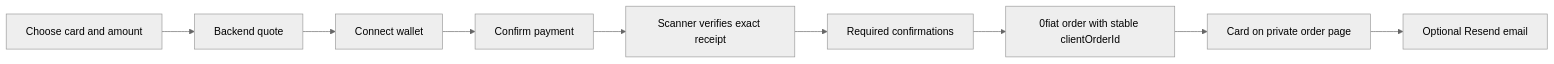
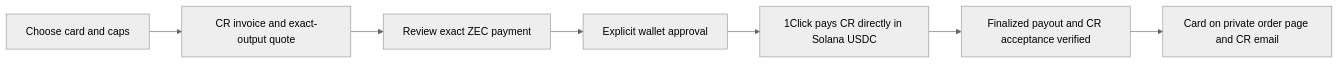
Before and after one commit to zucchini-wallet/store: the diagram in README.md, drawn with Mermaid (neutral theme). The commit also changed other lines of this file and 38 other files, not shown here.

````diff
--- a/README.md
+++ b/README.md
@@ -55,11 +59,9 @@
 ```mermaid
 flowchart LR
-  A[Choose card and amount] --> B[Backend quote]
-  B --> C[Connect wallet]
-  C --> D[Confirm payment]
-  D --> E[Scanner verifies exact receipt]
-  E --> F[Required confirmations]
-  F --> G[0fiat order with stable clientOrderId]
-  G --> H[Card on private order page]
-  H --> I[Optional Resend email]
+  A[Choose card and caps] --> B[CR invoice and exact-output quote]
+  B --> C[Review exact ZEC payment]
+  C --> D[Explicit wallet approval]
+  D --> E[1Click pays CR directly in Solana USDC]
+  E --> F[Finalized payout and CR acceptance verified]
+  F --> G[Card on private order page and CR email]
 ```
````
